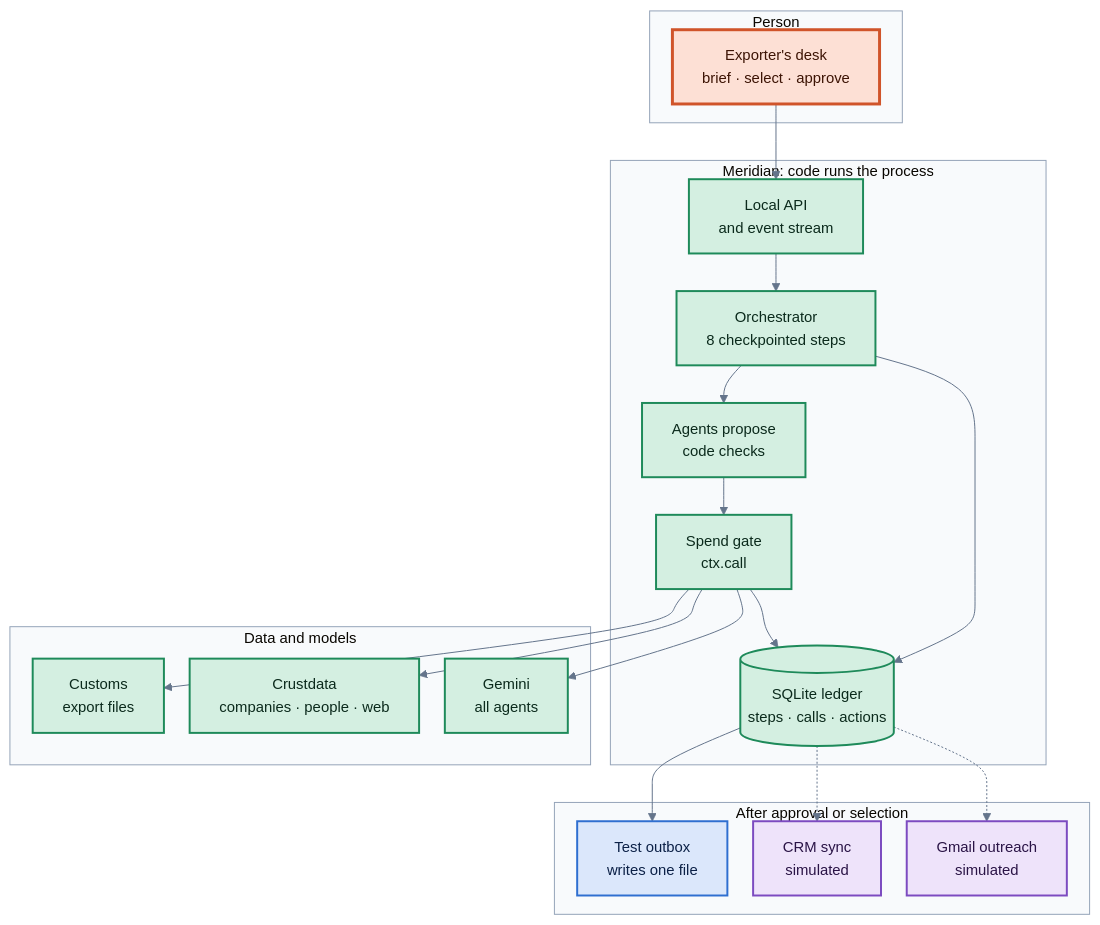
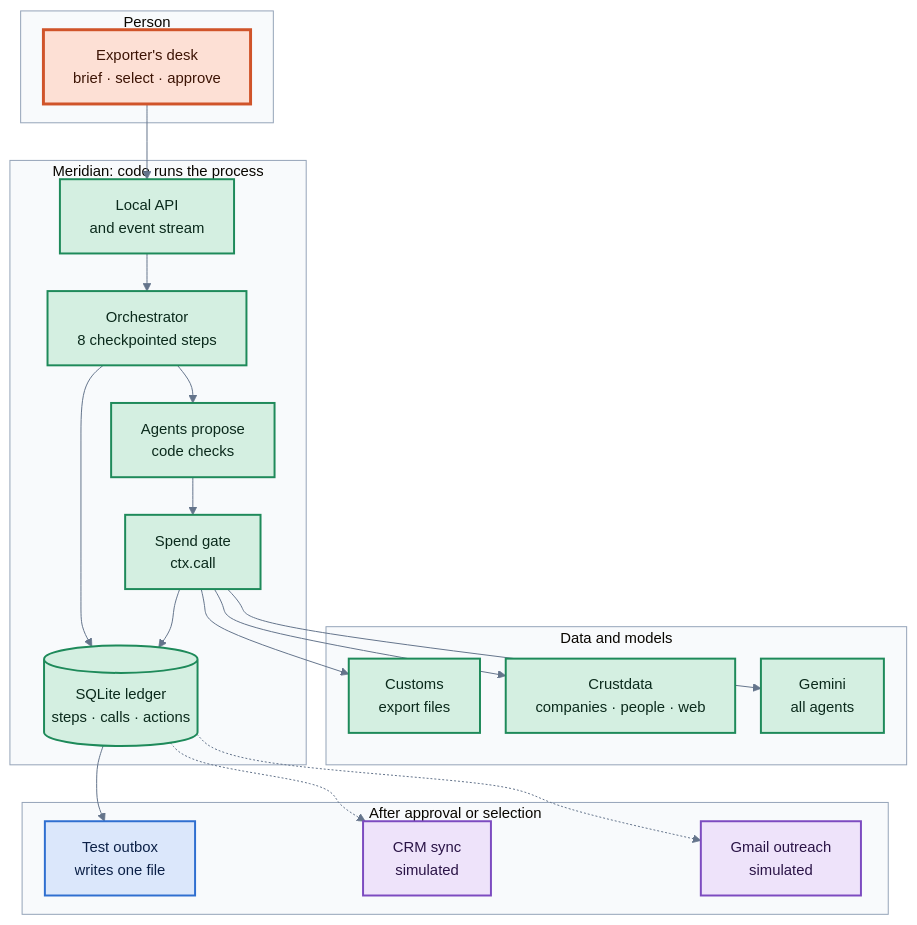
One commit to DityaSen29/tradescout changed the first of 4 diagrams in README.md. Above: the diagram before and after it, drawn with Mermaid.

Commit message:
README: stack the architecture diagram for narrow screens

````diff
--- a/README.md
+++ b/README.md
@@ -318,36 +318,39 @@
 ```mermaid
 %%{init: {"theme":"base","themeVariables":{"fontSize":"15px","lineColor":"#64748b","clusterBkg":"#f8fafc","clusterBorder":"#94a3b8","edgeLabelBackground":"#ffffff"},"flowchart":{"nodeSpacing":26,"rankSpacing":38,"curve":"basis"}}}%%
 flowchart TB
   subgraph PEOPLE["Person"]
     UI["Exporter's desk<br/>brief · select · approve"]:::human
   end
   subgraph CORE["Meridian: code runs the process"]
     API["Local API<br/>and event stream"]:::live
     ORCH["Orchestrator<br/>8 checkpointed steps"]:::live
     AG["Agents propose<br/>code checks"]:::live
     GATE["Spend gate<br/>ctx.call"]:::live
     DB[("SQLite ledger<br/>steps · calls · actions")]:::live
   end
   subgraph DATA["Data and models"]
     CU["Customs<br/>export files"]:::live
     CD["Crustdata<br/>companies · people · web"]:::live
     GM["Gemini<br/>all agents"]:::live
   end
   subgraph OUT["After approval or selection"]
     BOX["Test outbox<br/>writes one file"]:::tested
     CRM["CRM sync<br/>simulated"]:::sim
     MAIL["Gmail outreach<br/>simulated"]:::sim
   end
   UI --> API --> ORCH
   ORCH --> AG --> GATE
   ORCH --> DB
   GATE --> DB
   GATE --> CU & CD & GM
   DB --> BOX
   DB -.-> CRM
   DB -.-> MAIL
+  CU ~~~ BOX
+  CD ~~~ CRM
+  GM ~~~ MAIL
   classDef live fill:#d4efe1,stroke:#1e8a5a,stroke-width:2px,color:#0b2a1c
   classDef tested fill:#dbe7fb,stroke:#2f6fd0,stroke-width:2px,color:#0c2147
   classDef sim fill:#eee3fa,stroke:#7c4bc0,stroke-width:2px,color:#2a1446
   classDef human fill:#fde0d5,stroke:#d0542a,stroke-width:3px,color:#3d1405
 ```
````
